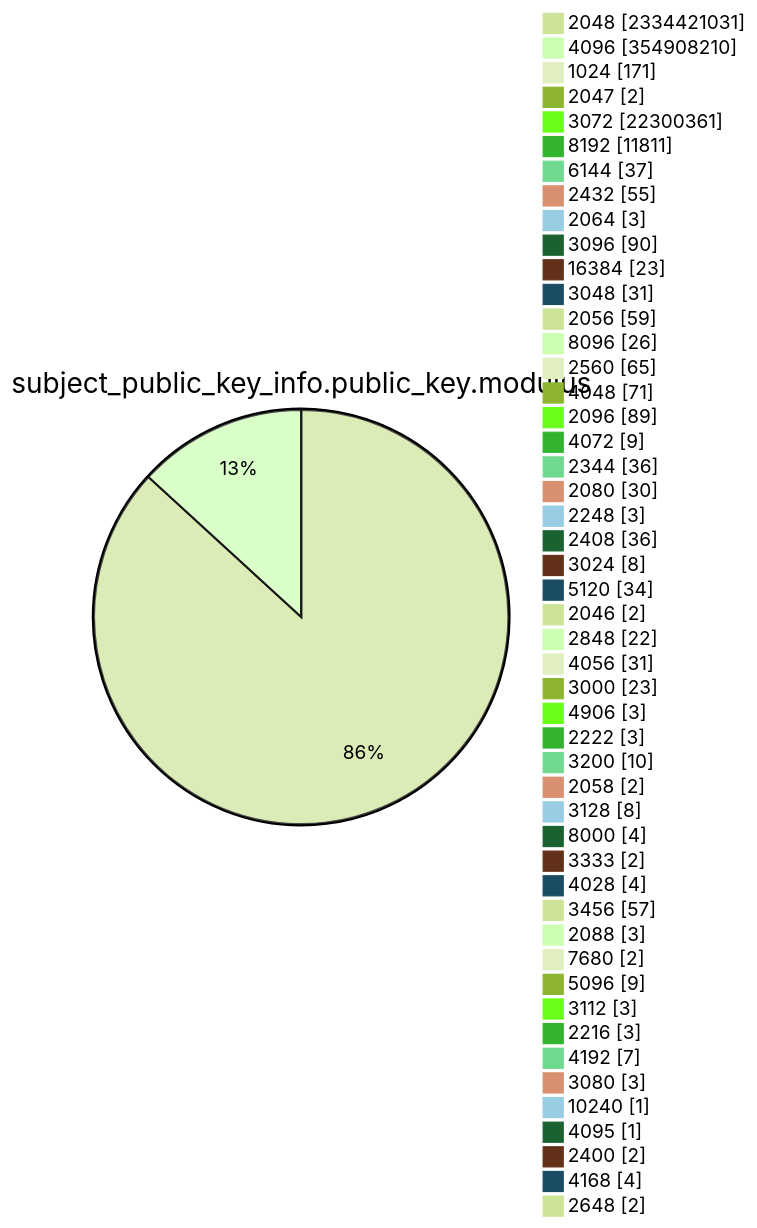
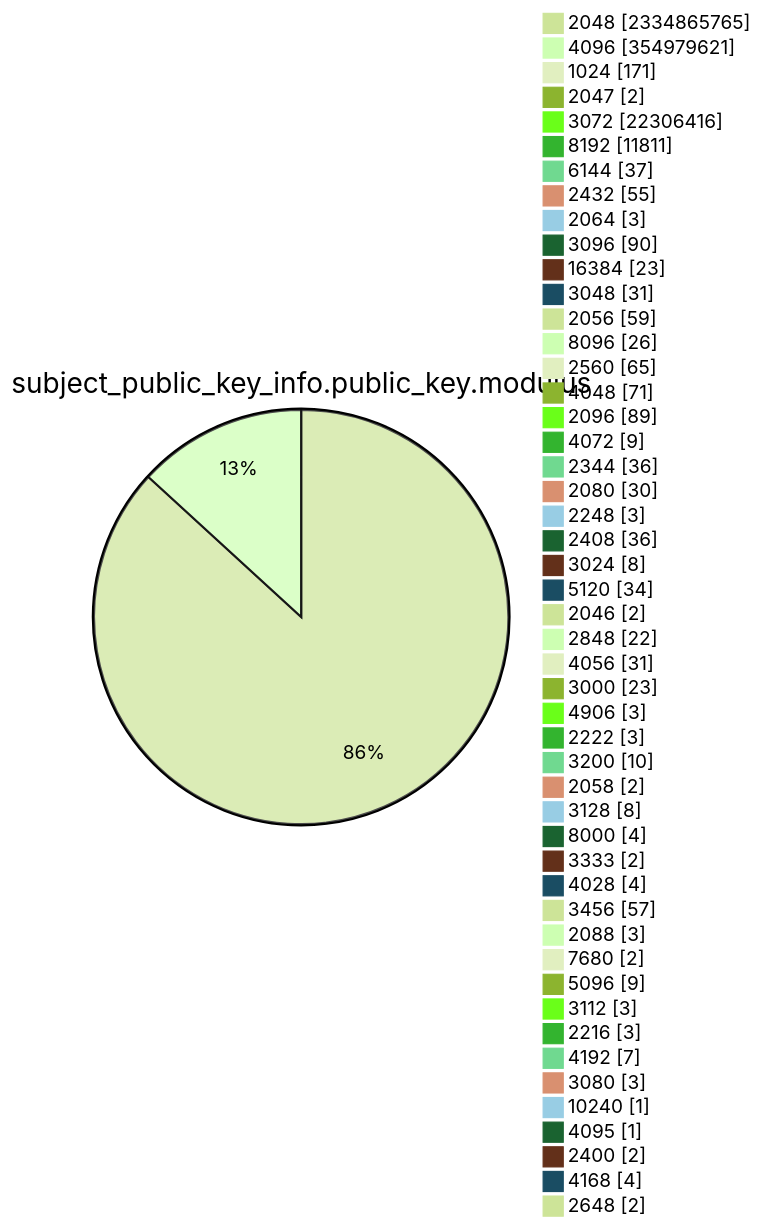
One commit to christiankrug/ctmonitor_visualization changed diagram 13 of 15 in TOTAL/README.md. Above: the diagram before and after it, drawn with Mermaid (forest theme). The commit also changed other lines of this file, not shown here.

````diff
--- a/TOTAL/README.md
+++ b/TOTAL/README.md
@@ -4167,53 +4167,53 @@
 ```mermaid
 pie showData
 title subject_public_key_info.public_key.modulus
-"2048" :2334421031
-"4096" :354908210
+"2048" :2334865765
+"4096" :354979621
 "1024" :171
 "2047" :2
-"3072" :22300361
+"3072" :22306416
 "8192" :11811
 "6144" :37
 "2432" :55
 "2064" :3
 "3096" :90
 "16384" :23
 "3048" :31
 "2056" :59
 "8096" :26
 "2560" :65
 "4048" :71
 "2096" :89
 "4072" :9
 "2344" :36
 "2080" :30
 "2248" :3
 "2408" :36
 "3024" :8
 "5120" :34
 "2046" :2
 "2848" :22
 "4056" :31
 "3000" :23
 "4906" :3
 "2222" :3
 "3200" :10
 "2058" :2
 "3128" :8
 "8000" :4
 "3333" :2
 "4028" :4
 "3456" :57
 "2088" :3
 "7680" :2
 "5096" :9
 "3112" :3
 "2216" :3
 "4192" :7
 "3080" :3
 "10240" :1
 "4095" :1
 "2400" :2
 "4168" :4
 "2648" :2
 ```
````
